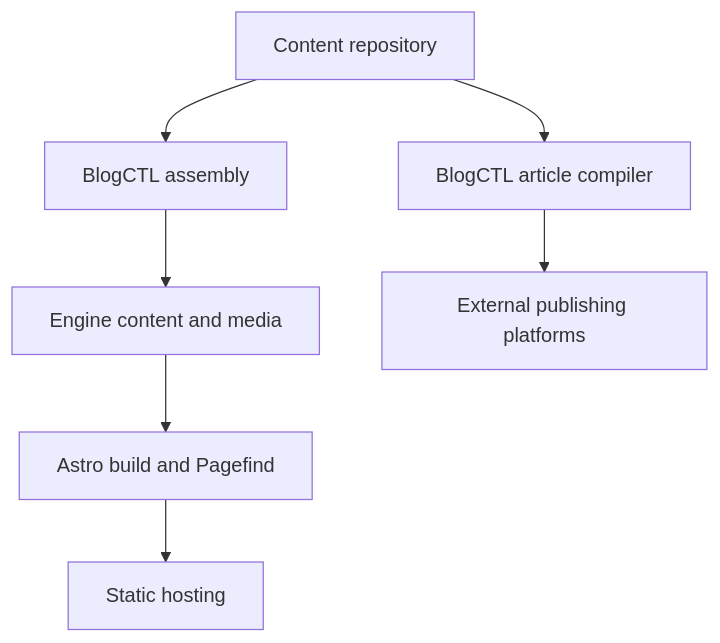
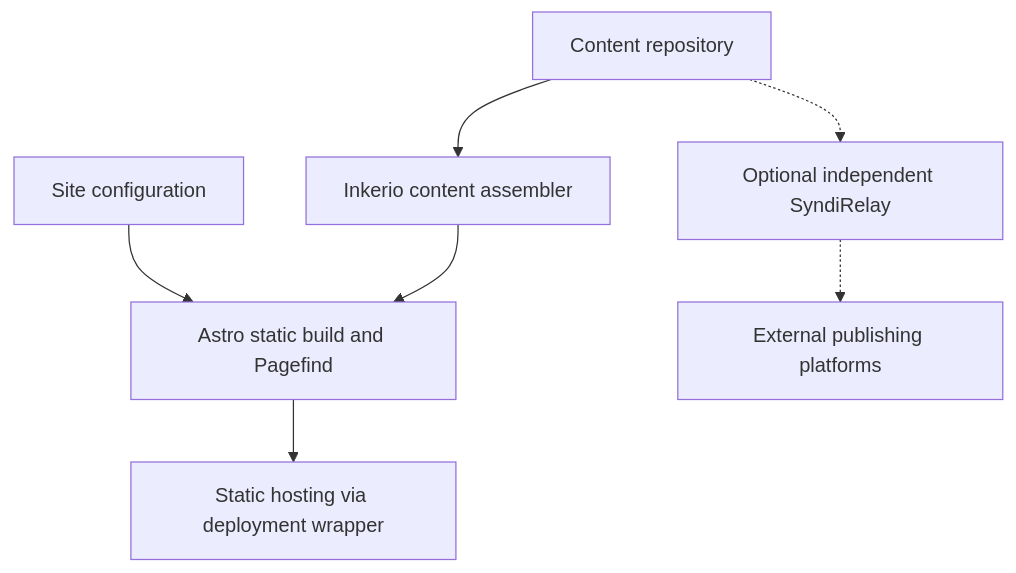
One commit to ThinkerQAQ/inkerio changed the diagram in docs/concepts/system.md. Above: the diagram before and after it, drawn with Mermaid. The commit also changed other lines of this file and 61 other files, not shown here.

Commit message:
fix(engine): make site identity owner-neutral and configurable (#7)

````diff
--- a/docs/concepts/system.md
+++ b/docs/concepts/system.md
@@ -7,9 +7,9 @@
 ```mermaid
 flowchart TD
-  C["Content repository"] --> A["BlogCTL assembly"]
-  A --> I["Engine content and media"]
-  I --> B["Astro build and Pagefind"]
-  B --> D["Static hosting"]
-  C --> P["BlogCTL article compiler"]
-  P --> R["External publishing platforms"]
+  C["Content repository"] --> A["Inkerio content assembler"]
+  S["Site configuration"] --> B["Astro static build and Pagefind"]
+  A --> B
+  B --> D["Static hosting via deployment wrapper"]
+  C -.-> P["Optional independent SyndiRelay"]
+  P -.-> R["External publishing platforms"]
 ```
````
